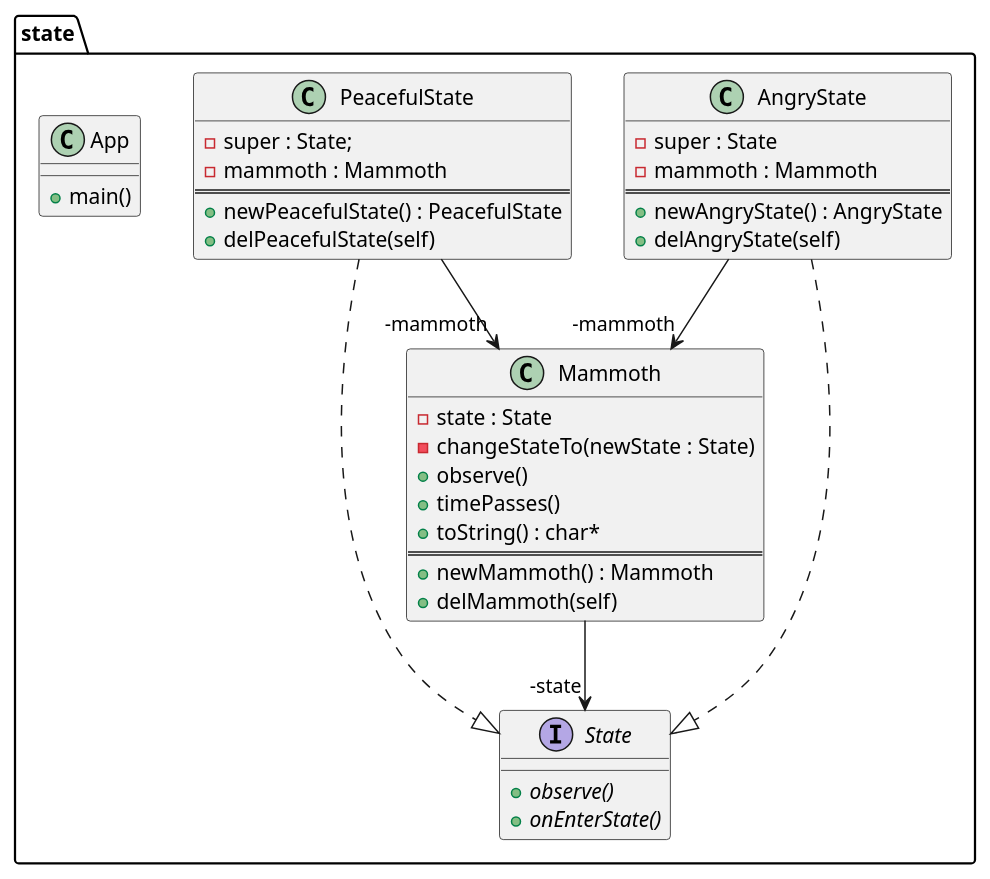
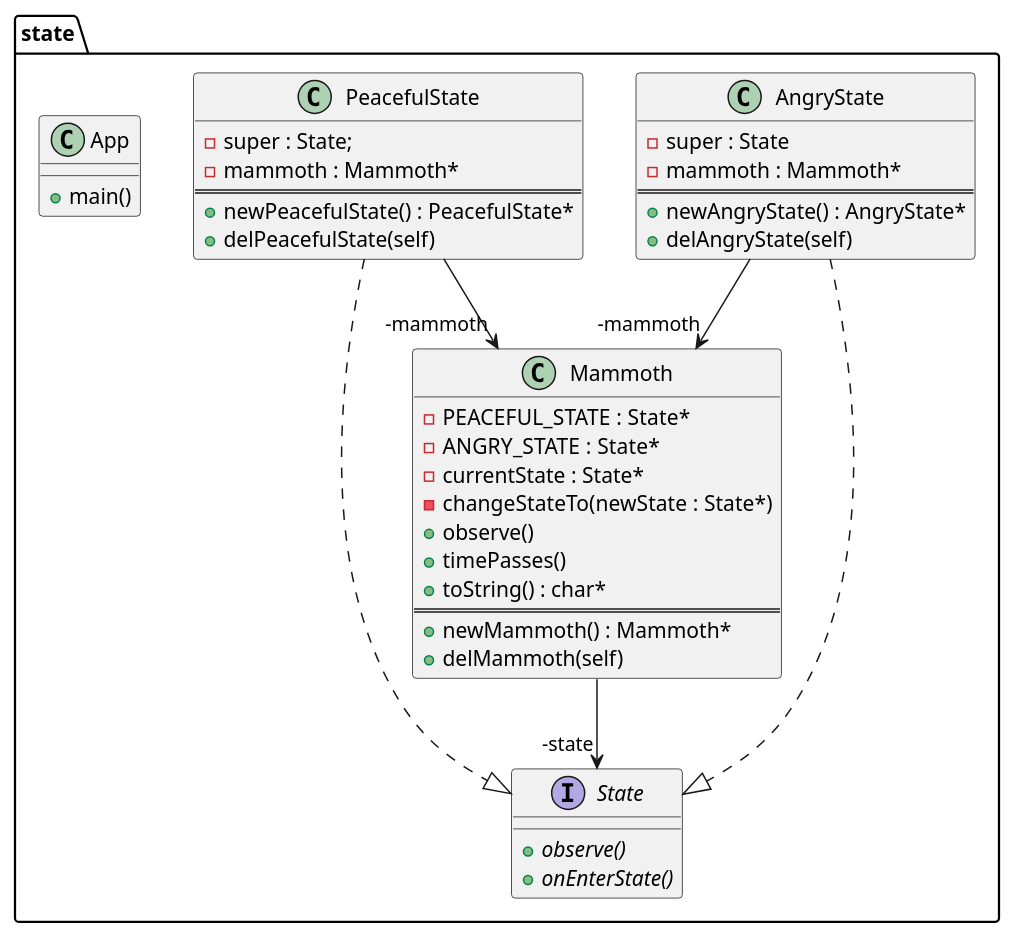
Before and after one commit to qufeiyan/design-patterns-for-c: the diagram in State/state.puml, drawn with PlantUML. The commit also changed 8 other files, not shown here.

```diff
--- a/State/state.puml
+++ b/State/state.puml
@@ -1,41 +1,43 @@
 @startuml state
 package state{
     interface State{
         + observe() {abstract}
         + onEnterState() {abstract}
     }
     class AngryState{
         - super : State
-        - mammoth : Mammoth
+        - mammoth : Mammoth*
         ==
-        + newAngryState() : AngryState
+        + newAngryState() : AngryState*
         + delAngryState(self)
     }
     class PeacefulState{
         - super : State;
-        - mammoth : Mammoth
+        - mammoth : Mammoth*
         ==
-        + newPeacefulState() : PeacefulState
+        + newPeacefulState() : PeacefulState*
         + delPeacefulState(self)
     }
     class Mammoth{
-        - state : State
-        - changeStateTo(newState : State)
+        - PEACEFUL_STATE : State*
+        - ANGRY_STATE : State*
+        - currentState : State*
+        - changeStateTo(newState : State*)
         + observe()
         + timePasses()
         + toString() : char*
         ==
-        + newMammoth() : Mammoth
+        + newMammoth() : Mammoth*
         + delMammoth(self)
     }
     class App{
         + main()
     }
 
     PeacefulState -->  "-mammoth" Mammoth
     AngryState -->  "-mammoth" Mammoth
     Mammoth -->  "-state" State
     AngryState ..|> State
     PeacefulState ..|> State
 }
 @enduml
```
